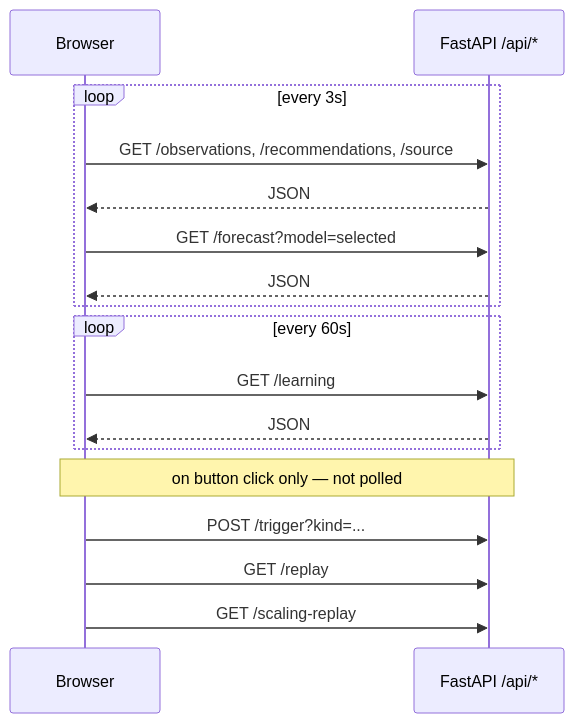
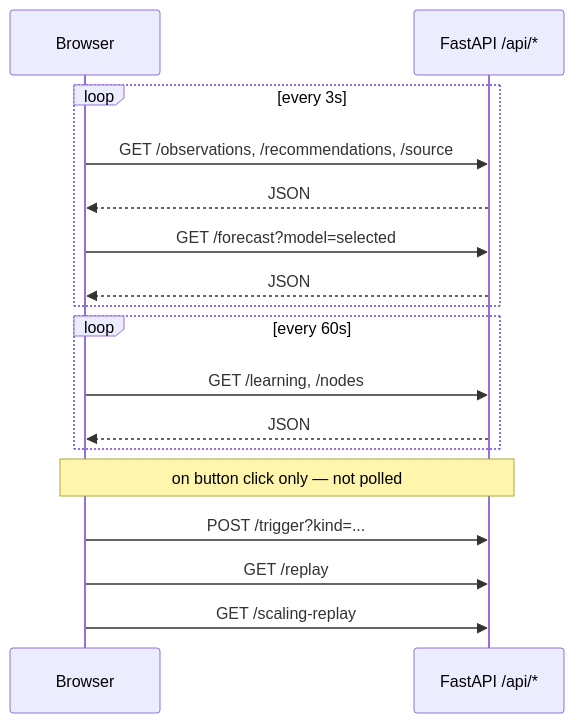
The fourth of 6 diagrams in README.md (jsawyerdev/scalescope), drawn with Mermaid before and after one commit. The commit also changed other lines of this file and 25 other files, not shown here.

````diff
--- a/README.md
+++ b/README.md
@@ -792,20 +853,20 @@
 ```mermaid
 sequenceDiagram
     participant Browser
     participant API as FastAPI /api/*
 
     loop every 3s
         Browser->>API: GET /observations, /recommendations, /source
         API-->>Browser: JSON
         Browser->>API: GET /forecast?model=selected
         API-->>Browser: JSON
     end
     loop every 60s
-        Browser->>API: GET /learning
+        Browser->>API: GET /learning, /nodes
         API-->>Browser: JSON
     end
     Note over Browser,API: on button click only — not polled
     Browser->>API: POST /trigger?kind=...
     Browser->>API: GET /replay
     Browser->>API: GET /scaling-replay
 ```
````
